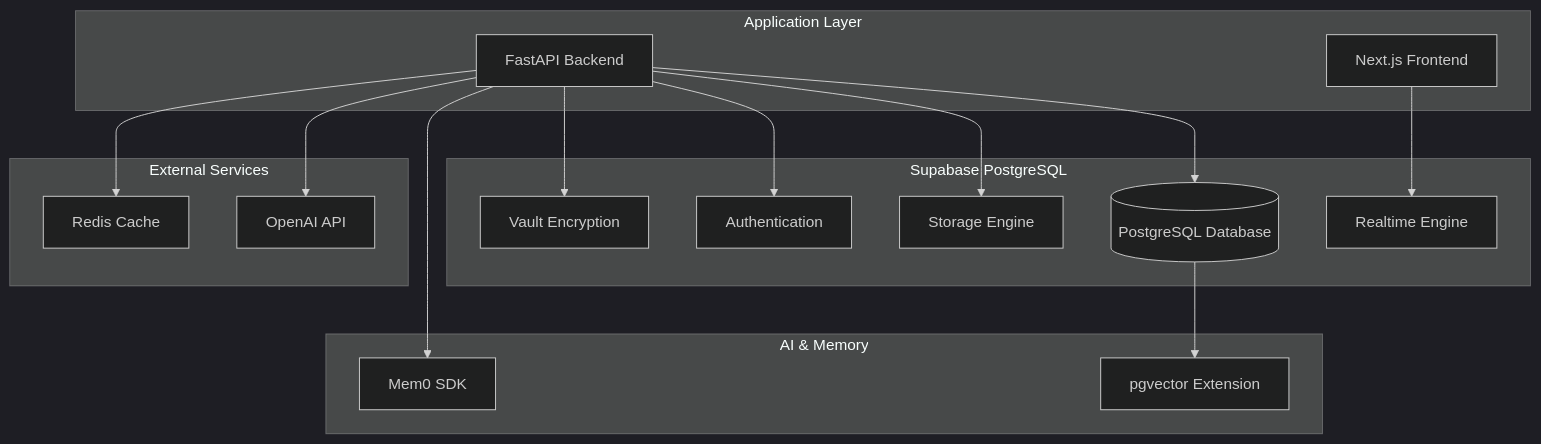
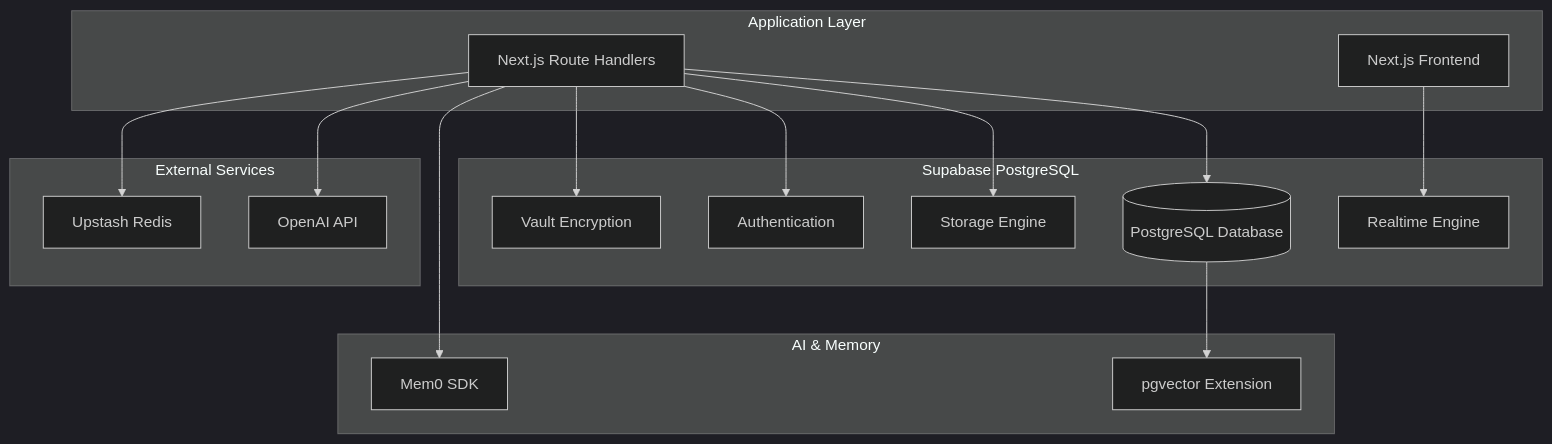
Before and after one commit to BjornMelin/tripsage-ai: the diagram in docs/architecture/database/supabase-schema.md, drawn with Mermaid (dark theme). The commit also changed 19 other files, not shown here.

````diff
--- a/docs/architecture/database/supabase-schema.md
+++ b/docs/architecture/database/supabase-schema.md
@@ -22,35 +22,35 @@
 ```mermaid
 graph TB
     subgraph "Application Layer"
-        API[FastAPI Backend]
+        API[Next.js Route Handlers]
         FE[Next.js Frontend]
     end
 
     subgraph "Supabase PostgreSQL"
         DB[(PostgreSQL Database)]
         RT[Realtime Engine]
         ST[Storage Engine]
         AUTH[Authentication]
         VAULT[Vault Encryption]
     end
 
     subgraph "AI & Memory"
         MEM0[Mem0 SDK]
         VECTOR[pgvector Extension]
     end
 
     subgraph "External Services"
         OPENAI[OpenAI API]
-        REDIS[Redis Cache]
+        REDIS[Upstash Redis]
     end
 
     API --> DB
     FE --> RT
     API --> ST
     API --> AUTH
     API --> VAULT
     API --> MEM0
     DB --> VECTOR
     API --> OPENAI
     API --> REDIS
 ```
````
